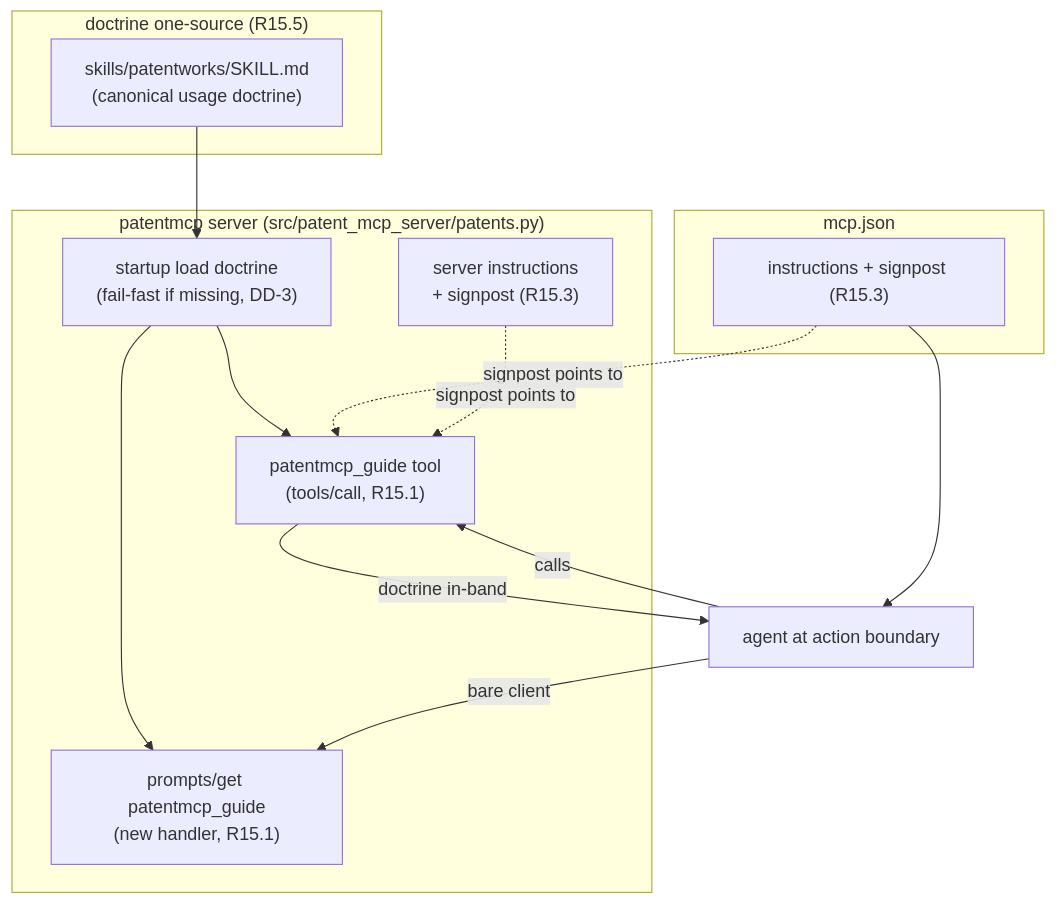
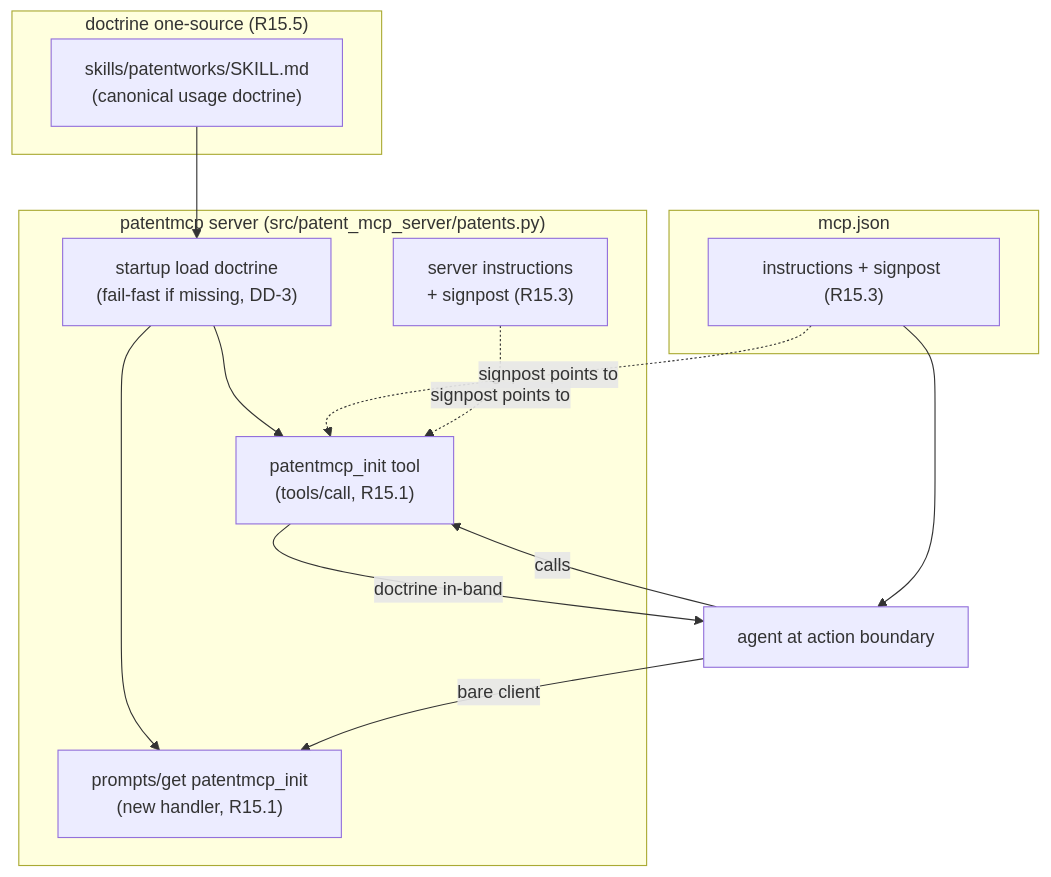
One commit to Raw1mage/patentmcp changed the diagram in plans/mcp_r15-self-describing-guide/README.en.md. Above: the diagram before and after it, drawn with Mermaid. The commit also changed other lines of this file and 9 other files, not shown here.

First line of the commit message:
refactor(r15): patentmcp_guide → patentmcp_init 命名收斂 + webdav/companion doctrine 補強

````diff
--- a/plans/mcp_r15-self-describing-guide/README.en.md
+++ b/plans/mcp_r15-self-describing-guide/README.en.md
@@ -44,26 +44,26 @@
 ```mermaid
 flowchart TB
   subgraph SRC["doctrine one-source (R15.5)"]
     SKILL["skills/patentworks/SKILL.md<br/>(canonical usage doctrine)"]
   end
   subgraph SRV["patentmcp server (src/patent_mcp_server/patents.py)"]
     LOAD["startup load doctrine<br/>(fail-fast if missing, DD-3)"]
-    GUIDE["patentmcp_guide tool<br/>(tools/call, R15.1)"]
-    PROMPT["prompts/get patentmcp_guide<br/>(new handler, R15.1)"]
+    GUIDE["patentmcp_init tool<br/>(tools/call, R15.1)"]
+    PROMPT["prompts/get patentmcp_init<br/>(new handler, R15.1)"]
     INSTR["server instructions<br/>+ signpost (R15.3)"]
   end
   subgraph MAN["mcp.json"]
     MINSTR["instructions + signpost (R15.3)"]
   end
   AGENT["agent at action boundary"]
 
   SKILL --> LOAD
   LOAD --> GUIDE
   LOAD --> PROMPT
   MINSTR -. signpost points to .-> GUIDE
   INSTR -. signpost points to .-> GUIDE
   MINSTR --> AGENT
   AGENT -->|calls| GUIDE
   AGENT -->|bare client| PROMPT
   GUIDE -->|doctrine in-band| AGENT
 ```
````
